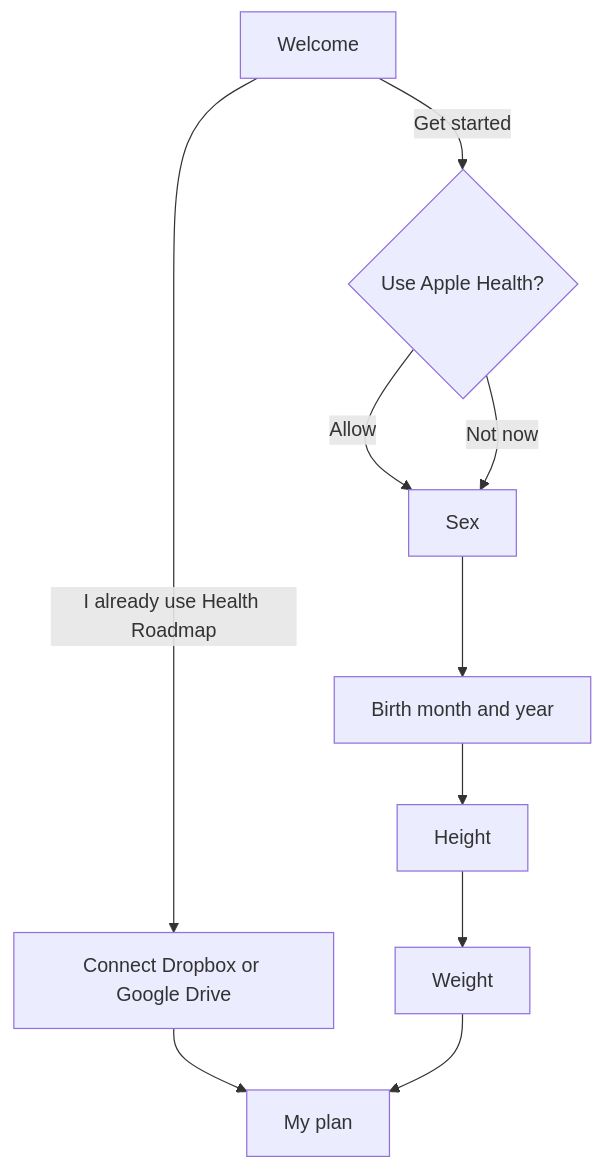
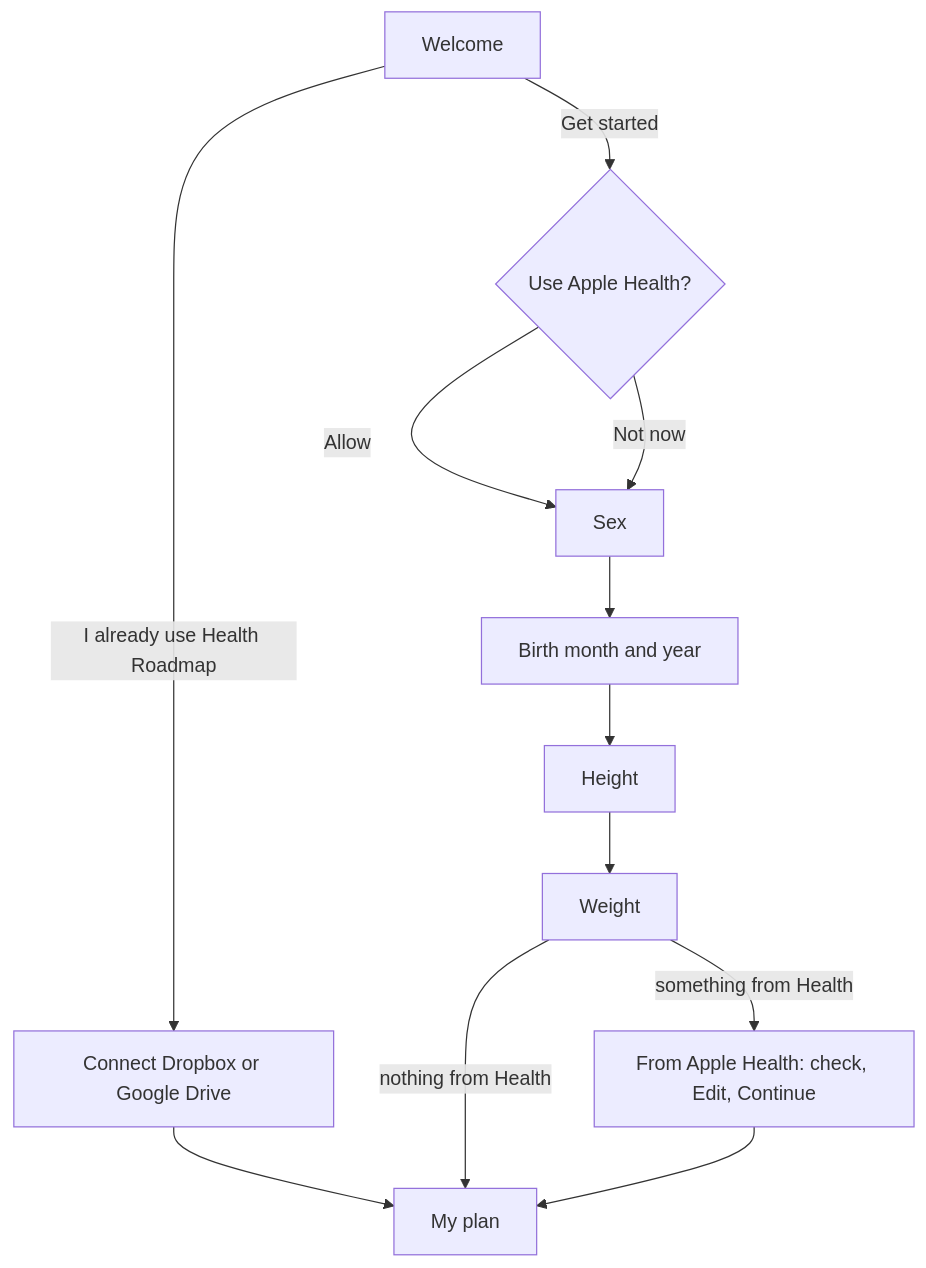
One commit to DrBradStanfield/roadmap changed the diagram in ios/onboarding.md. Above: the diagram before and after it, drawn with Mermaid. The commit also changed other lines of this file and 54 other files, not shown here.

````diff
--- a/ios/onboarding.md
+++ b/ios/onboarding.md
@@ -36,12 +36,14 @@
 ```mermaid
 flowchart TD
   W[Welcome] -->|Get started| H{Use Apple Health?}
   W -->|I already use Health Roadmap| C[Connect Dropbox or Google Drive]
   C --> P
   H -->|Allow| Q1
   H -->|Not now| Q1
   Q1[Sex] --> Q2[Birth month and year]
   Q2 --> Q3[Height]
   Q3 --> Q4[Weight]
-  Q4 --> P[My plan]
+  Q4 -->|nothing from Health| P[My plan]
+  Q4 -->|something from Health| R[From Apple Health: check, Edit, Continue]
+  R --> P
 ```
````
